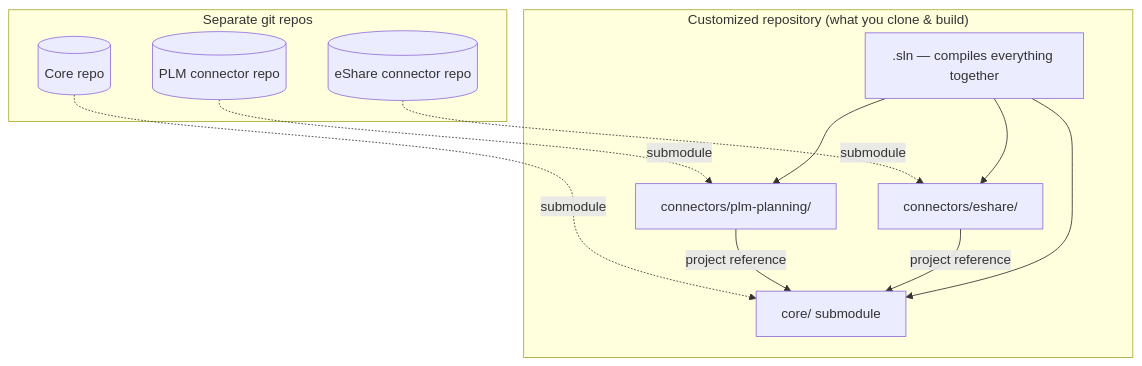
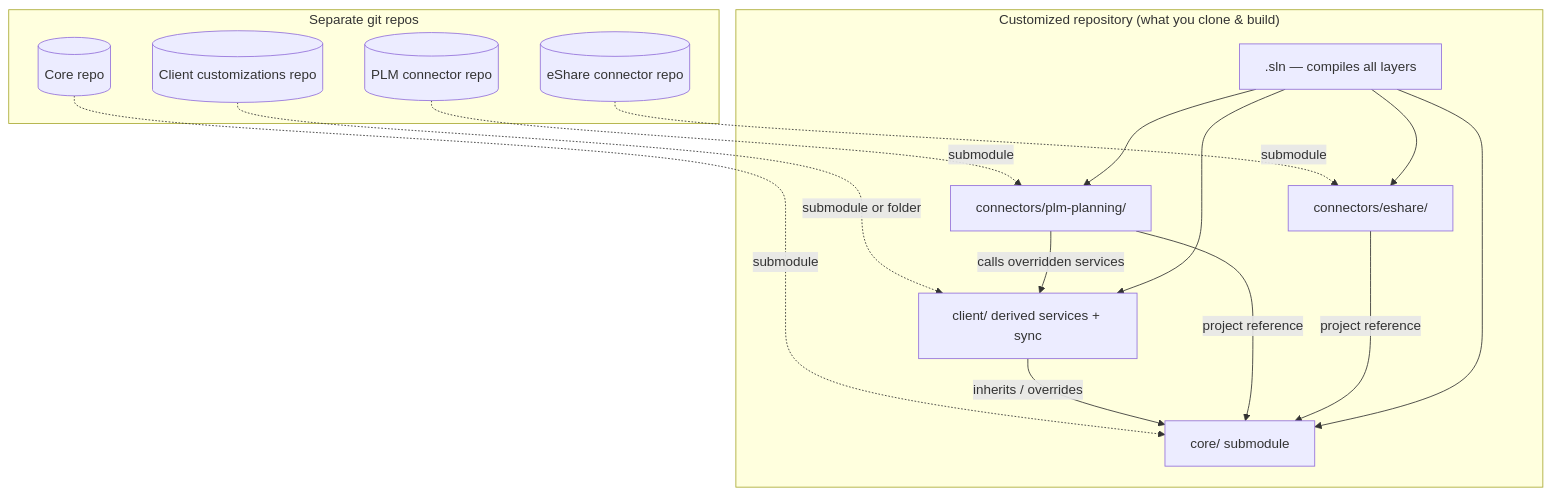
Before and after one commit to robbertF2P/Sandbox: the diagram in docs/floor2plan-legacy-connector-submodule-antipattern.md, drawn with Mermaid. The commit also changed other lines of this file and 3 other files, not shown here.

Commit message:
Document client derived services and sync layer in customized repos

````diff
--- a/docs/floor2plan-legacy-connector-submodule-antipattern.md
+++ b/docs/floor2plan-legacy-connector-submodule-antipattern.md
@@ -40,25 +48,31 @@
 ```mermaid
 flowchart TB
   subgraph CustomizedRepo["Customized repository (what you clone & build)"]
     CoreFolder["core/ submodule"]
+    ClientLayer["client/ derived services + sync"]
     ConnA["connectors/plm-planning/"]
     ConnB["connectors/eshare/"]
-    SLN[".sln — compiles everything together"]
+    SLN[".sln — compiles all layers"]
   end
 
   subgraph RemoteRepos["Separate git repos"]
     CoreRepo[(Core repo)]
+    ClientRepo[(Client customizations repo)]
     PlmRepo[(PLM connector repo)]
     EshareRepo[(eShare connector repo)]
   end
 
   CoreRepo -.->|submodule| CoreFolder
+  ClientRepo -.->|submodule or folder| ClientLayer
   PlmRepo -.->|submodule| ConnA
   EshareRepo -.->|submodule| ConnB
 
+  ClientLayer -->|inherits / overrides| CoreFolder
   ConnA -->|project reference| CoreFolder
+  ConnA -->|calls overridden services| ClientLayer
   ConnB -->|project reference| CoreFolder
   SLN --> CoreFolder
+  SLN --> ClientLayer
   SLN --> ConnA
   SLN --> ConnB
 ```
````
